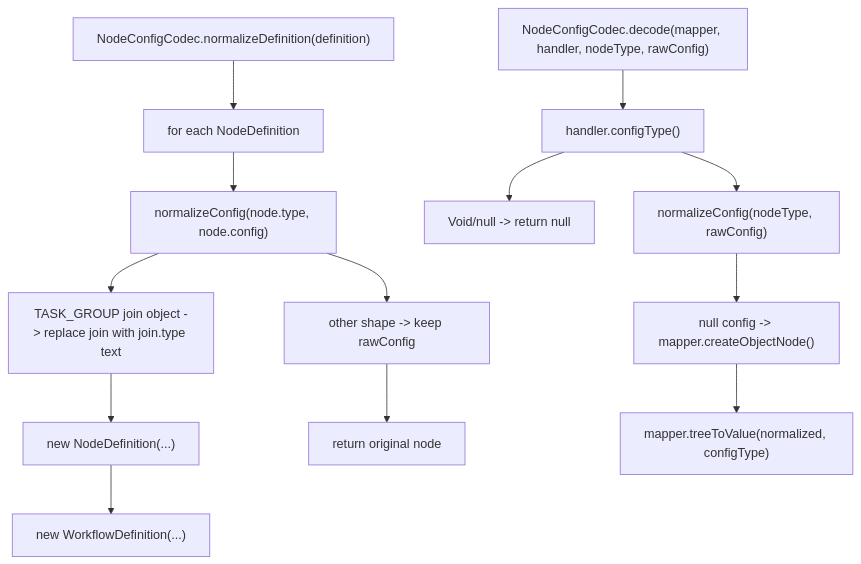
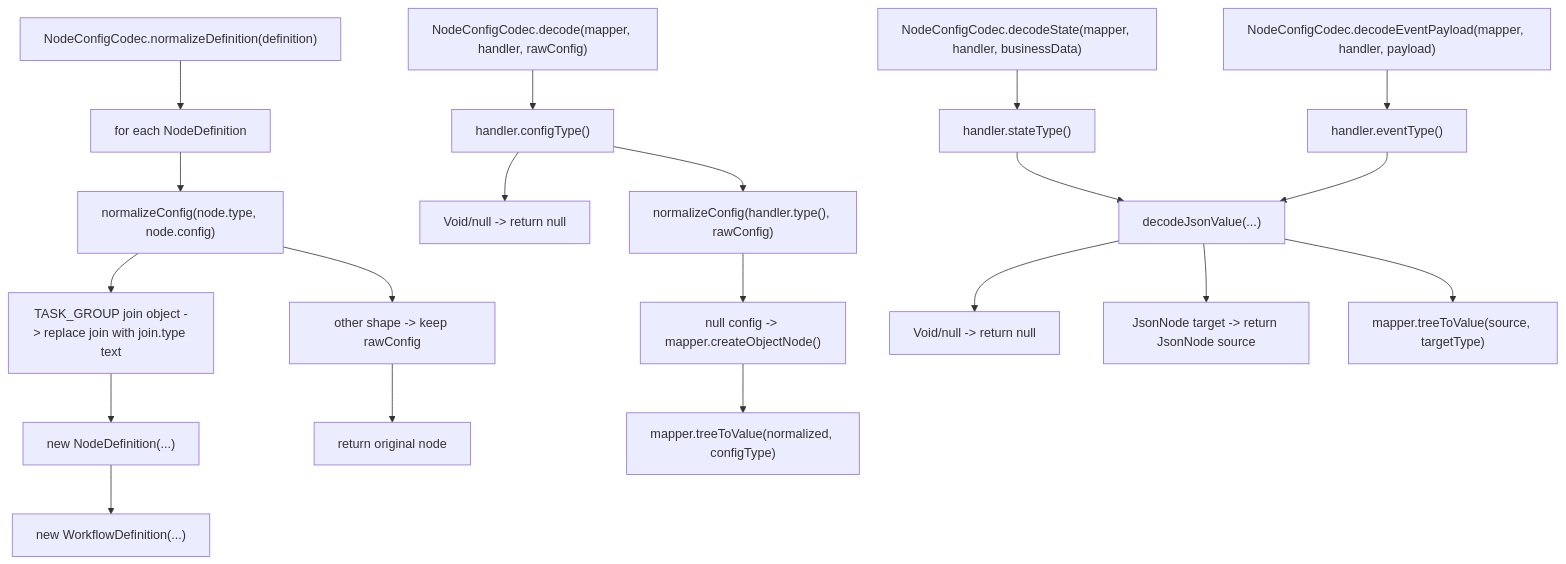
One commit to michelleclar/Infrastructure changed the sixth of 22 diagrams in infrastructure-component-workflow-core/docs/CALL_GRAPH.md. Above: the diagram before and after it, drawn with Mermaid. The commit also changed other lines of this file and 20 other files, not shown here.

````diff
--- a/infrastructure-component-workflow-core/docs/CALL_GRAPH.md
+++ b/infrastructure-component-workflow-core/docs/CALL_GRAPH.md
@@ -228,16 +228,24 @@
 ```mermaid
 flowchart TD
     A["NodeConfigCodec.normalizeDefinition(definition)"] --> B["for each NodeDefinition"]
     B --> C["normalizeConfig(node.type, node.config)"]
     C --> D["TASK_GROUP join object -> replace join with join.type text"]
     C --> E["other shape -> keep rawConfig"]
     D --> F["new NodeDefinition(...)"]
     E --> G["return original node"]
     F --> H["new WorkflowDefinition(...)"]
 
-    I["NodeConfigCodec.decode(mapper, handler, nodeType, rawConfig)"] --> J["handler.configType()"]
+    I["NodeConfigCodec.decode(mapper, handler, rawConfig)"] --> J["handler.configType()"]
     J --> K["Void/null -> return null"]
-    J --> L["normalizeConfig(nodeType, rawConfig)"]
+    J --> L["normalizeConfig(handler.type(), rawConfig)"]
     L --> M["null config -> mapper.createObjectNode()"]
     M --> N["mapper.treeToValue(normalized, configType)"]
+
+    O["NodeConfigCodec.decodeState(mapper, handler, businessData)"] --> P["handler.stateType()"]
+    Q["NodeConfigCodec.decodeEventPayload(mapper, handler, payload)"] --> R["handler.eventType()"]
+    P --> S["decodeJsonValue(...)"]
+    R --> S
+    S --> T["Void/null -> return null"]
+    S --> U["JsonNode target -> return JsonNode source"]
+    S --> V["mapper.treeToValue(source, targetType)"]
 ```
````
